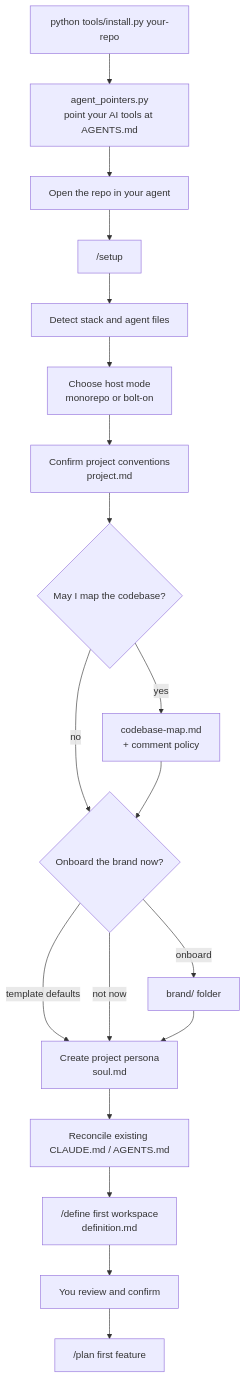
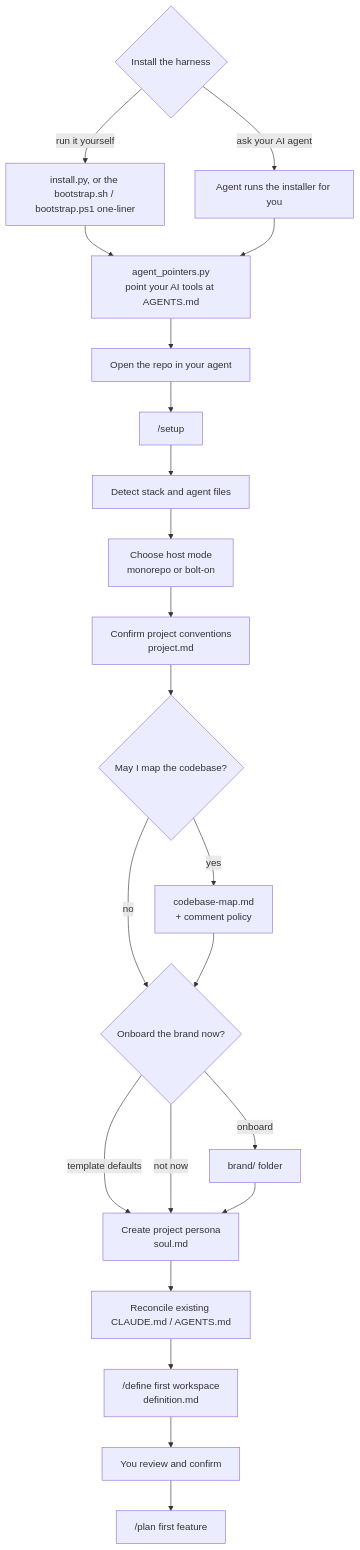
The diagram in README.md (migaeldev/aiworkflows), drawn with Mermaid before and after one commit. The commit also changed other lines of this file and 6 other files, not shown here.

First line of the commit message:
Remove check_harness.py, move tool tests under tools/tests/

````diff
--- a/README.md
+++ b/README.md
@@ -138,21 +138,25 @@
 ```mermaid
 flowchart TD
-    A["python tools/install.py your-repo"] --> A2["agent_pointers.py<br/>point your AI tools at AGENTS.md"]
+    Start{"Install the harness"}
+    Start -- "run it yourself" --> A["install.py, or the bootstrap.sh / bootstrap.ps1 one-liner"]
+    Start -- "ask your AI agent" --> A1["Agent runs the installer for you"]
+    A --> A2["agent_pointers.py<br/>point your AI tools at AGENTS.md"]
+    A1 --> A2
     A2 --> B["Open the repo in your agent"]
     B --> C["/setup"]
     C --> D["Detect stack and agent files"]
     D --> E["Choose host mode<br/>monorepo or bolt-on"]
     E --> F["Confirm project conventions<br/>project.md"]
     F --> G{"May I map the codebase?"}
     G -- yes --> G1["codebase-map.md<br/>+ comment policy"]
     G -- no --> H
     G1 --> H{"Onboard the brand now?"}
     H -- "onboard" --> H1["brand/ folder"]
     H -- "template defaults" --> I
     H -- "not now" --> I
     H1 --> I["Create project persona<br/>soul.md"]
     I --> J["Reconcile existing CLAUDE.md / AGENTS.md"]
     J --> K["/define first workspace<br/>definition.md"]
     K --> L["You review and confirm"]
     L --> M["/plan first feature"]
 ```
````
